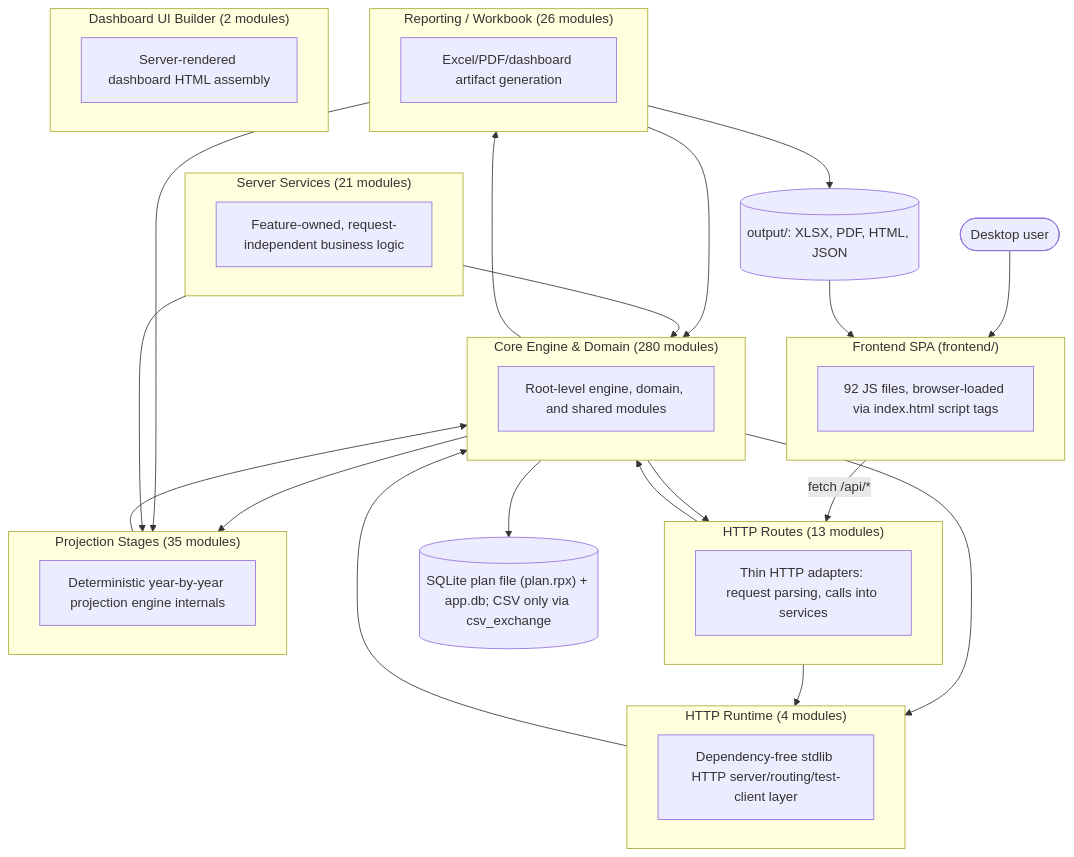
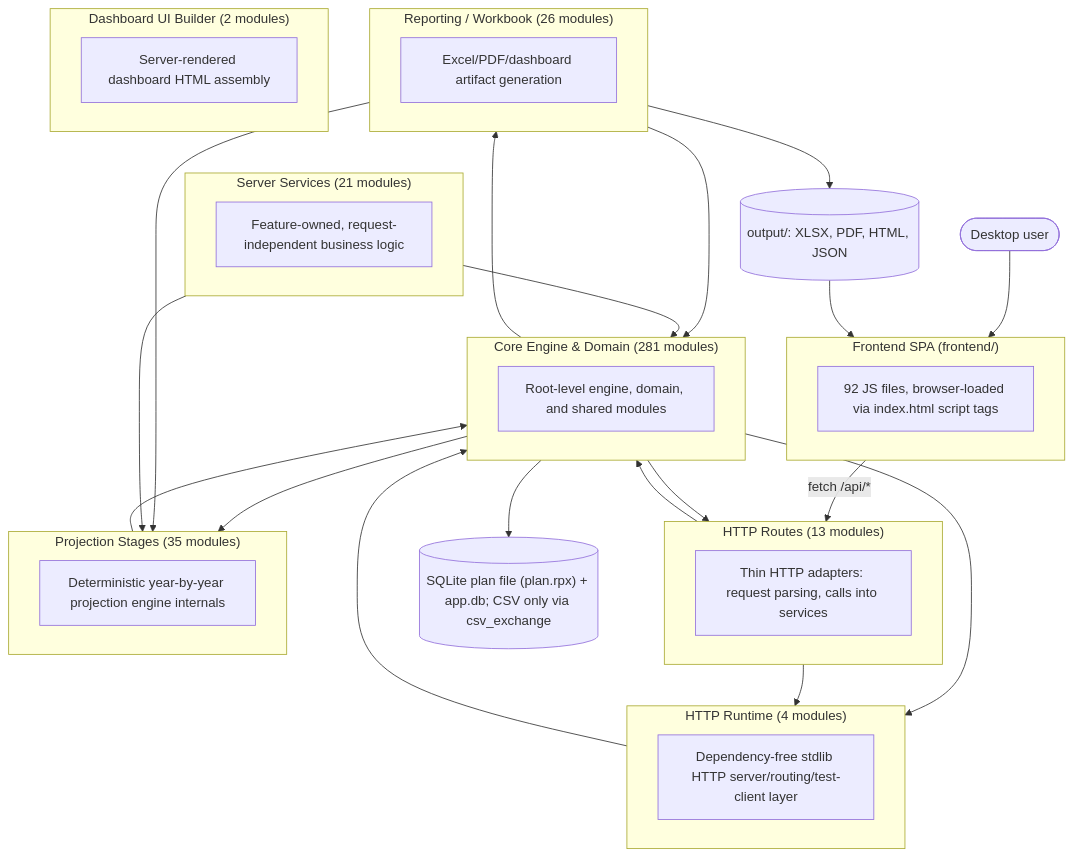
Before and after one commit to matthartzman/retirement_system: the first of 2 diagrams in documentation/reference/SYSTEM_ARCHITECTURE_DIAGRAM.md, drawn with Mermaid. The commit also changed other lines of this file and 8 other files, not shown here.

````diff
--- a/documentation/reference/SYSTEM_ARCHITECTURE_DIAGRAM.md
+++ b/documentation/reference/SYSTEM_ARCHITECTURE_DIAGRAM.md
@@ -11,44 +11,44 @@
 ```mermaid
 flowchart TB
     User(["Desktop user"]) --> FE
     subgraph FE["Frontend SPA (frontend/)"]
         FEcount["92 JS files, browser-loaded via index.html script tags"]
     end
     FE -->|fetch /api/*| L_HTTP_Routes
     subgraph L_HTTP_Routes["HTTP Routes (13 modules)"]
         L_HTTP_Routes_d["Thin HTTP adapters: request parsing, calls into services"]
     end
     subgraph L_Server_Services["Server Services (21 modules)"]
         L_Server_Services_d["Feature-owned, request-independent business logic"]
     end
     subgraph L_HTTP_Runtime["HTTP Runtime (4 modules)"]
         L_HTTP_Runtime_d["Dependency-free stdlib HTTP server/routing/test-client layer"]
     end
-    subgraph L_Core_Engine___Domain["Core Engine & Domain (280 modules)"]
+    subgraph L_Core_Engine___Domain["Core Engine & Domain (281 modules)"]
         L_Core_Engine___Domain_d["Root-level engine, domain, and shared modules"]
     end
     subgraph L_Projection_Stages["Projection Stages (35 modules)"]
         L_Projection_Stages_d["Deterministic year-by-year projection engine internals"]
     end
     subgraph L_Reporting___Workbook["Reporting / Workbook (26 modules)"]
         L_Reporting___Workbook_d["Excel/PDF/dashboard artifact generation"]
     end
     subgraph L_Dashboard_UI_Builder["Dashboard UI Builder (2 modules)"]
         L_Dashboard_UI_Builder_d["Server-rendered dashboard HTML assembly"]
     end
     L_Core_Engine___Domain --> L_HTTP_Routes
     L_Core_Engine___Domain --> L_HTTP_Runtime
     L_Core_Engine___Domain --> L_Projection_Stages
     L_Core_Engine___Domain --> L_Reporting___Workbook
     L_HTTP_Routes --> L_Core_Engine___Domain
     L_HTTP_Routes --> L_HTTP_Runtime
     L_HTTP_Runtime --> L_Core_Engine___Domain
     L_Projection_Stages --> L_Core_Engine___Domain
     L_Reporting___Workbook --> L_Core_Engine___Domain
     L_Reporting___Workbook --> L_Projection_Stages
     L_Server_Services --> L_Core_Engine___Domain
     L_Server_Services --> L_Projection_Stages
     L_Core_Engine___Domain --> DB[("SQLite plan file (plan.rpx) + app.db; CSV only via csv_exchange")]
     L_Reporting___Workbook --> Outputs[("output/: XLSX, PDF, HTML, JSON")]
     Outputs --> FE
 ```
````
